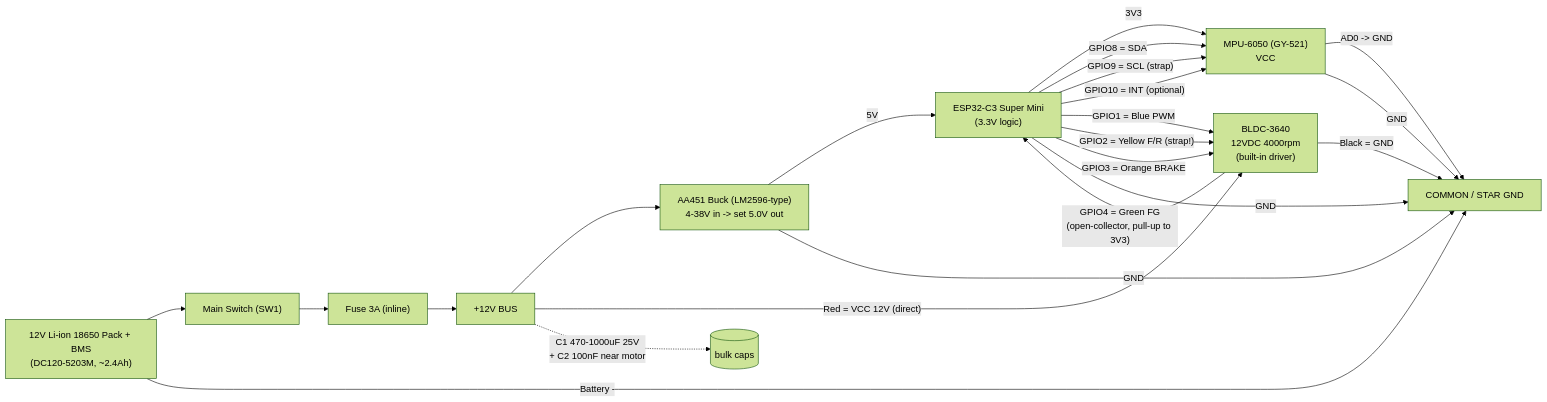
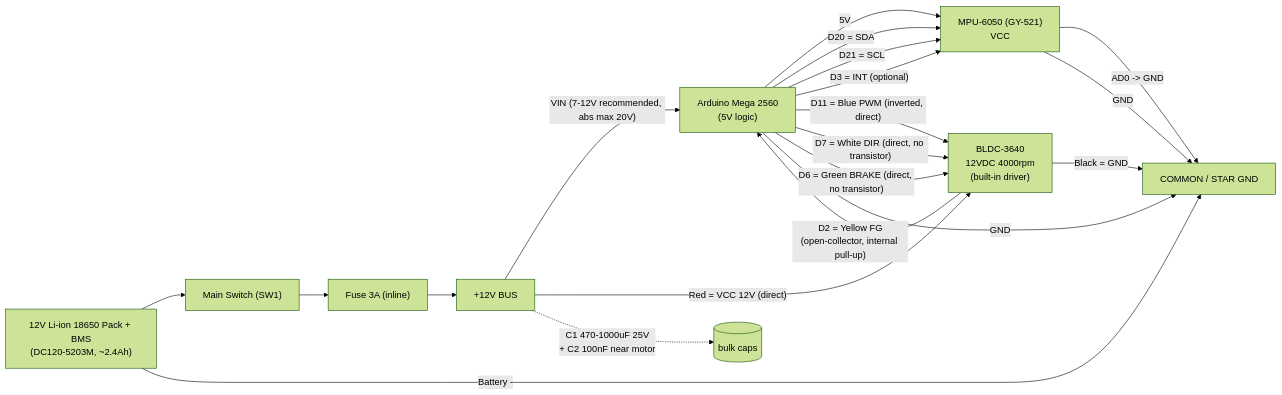
The diagram in hardware/wiring.md (OAKHEN1412/reaction-wheel-balance), drawn with Mermaid (forest theme) before and after one commit. The commit also changed other lines of this file and 29 other files, not shown here.

````diff
--- a/hardware/wiring.md
+++ b/hardware/wiring.md
@@ -105,29 +106,27 @@
 ```mermaid
 flowchart LR
     BAT["12V Li-ion 18650 Pack + BMS<br/>(DC120-5203M, ~2.4Ah)"] --> SW["Main Switch (SW1)"]
     SW --> FUSE["Fuse 3A (inline)"]
     FUSE --> BUS12["+12V BUS"]
 
-    BUS12 --> BUCK["AA451 Buck (LM2596-type)<br/>4-38V in -> set 5.0V out"]
-    BUCK -->|"5V"| ESP["ESP32-C3 Super Mini<br/>(3.3V logic)"]
-    ESP -->|"3V3"| MPU["MPU-6050 (GY-521)<br/>VCC"]
+    BUS12 -->|"VIN (7-12V recommended, abs max 20V)"| MEGA["Arduino Mega 2560<br/>(5V logic)"]
+    MEGA -->|"5V"| MPU["MPU-6050 (GY-521)<br/>VCC"]
 
     BUS12 -->|"Red = VCC 12V (direct)"| BLDC["BLDC-3640<br/>12VDC 4000rpm<br/>(built-in driver)"]
     BUS12 -.->|"C1 470-1000uF 25V<br/>+ C2 100nF near motor"| CAP[("bulk caps")]
 
-    ESP -->|"GPIO8 = SDA"| MPU
-    ESP -->|"GPIO9 = SCL (strap)"| MPU
-    ESP -->|"GPIO10 = INT (optional)"| MPU
+    MEGA -->|"D20 = SDA"| MPU
+    MEGA -->|"D21 = SCL"| MPU
+    MEGA -->|"D3 = INT (optional)"| MPU
     MPU -->|"AD0 -> GND"| GND
 
-    ESP -->|"GPIO1 = Blue PWM"| BLDC
-    ESP -->|"GPIO2 = Yellow F/R (strap!)"| BLDC
-    ESP -->|"GPIO3 = Orange BRAKE"| BLDC
-    BLDC -->|"GPIO4 = Green FG<br/>(open-collector, pull-up to 3V3)"| ESP
+    MEGA -->|"D11 = Blue PWM (inverted, direct)"| BLDC
+    MEGA -->|"D7 = White DIR (direct, no transistor)"| BLDC
+    MEGA -->|"D6 = Green BRAKE (direct, no transistor)"| BLDC
+    BLDC -->|"D2 = Yellow FG<br/>(open-collector, internal pull-up)"| MEGA
 
     BLDC -->|"Black = GND"| GND["COMMON / STAR GND"]
     BAT -->|"Battery -"| GND
-    BUCK -->|"GND"| GND
-    ESP -->|"GND"| GND
+    MEGA -->|"GND"| GND
     MPU -->|"GND"| GND
 ```
````
